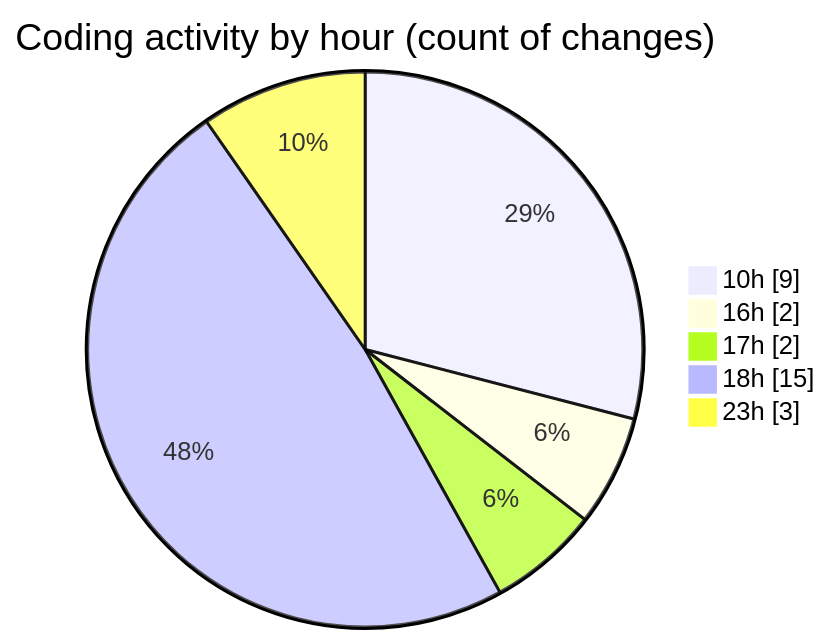
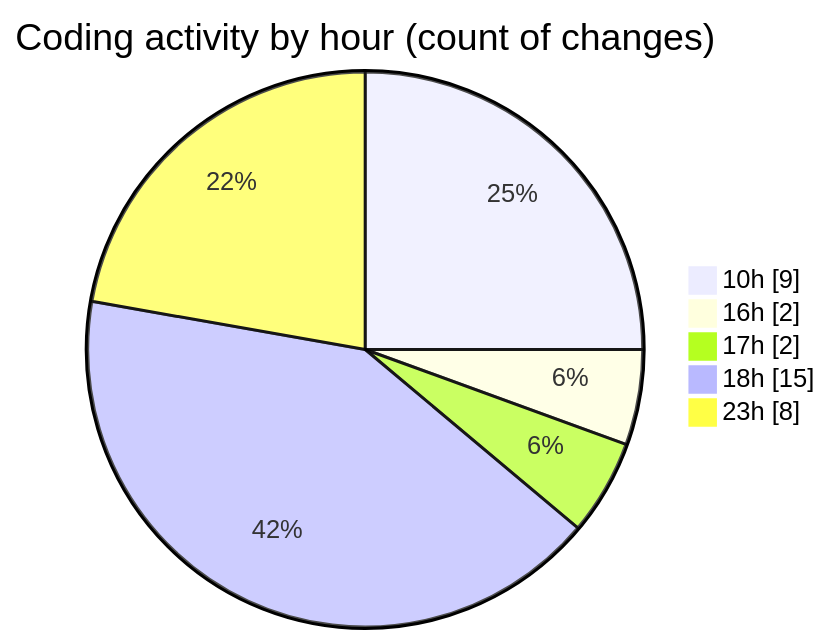
One commit to julien-gomy/code-tracking changed the second of 2 diagrams in 2025-10-10/eventscop-api-guide__workspace_/README.md. Above: the diagram before and after it, drawn with Mermaid. The commit also changed other lines of this file and 1 other file, not shown here.

````diff
--- a/2025-10-10/eventscop-api-guide__workspace_/README.md
+++ b/2025-10-10/eventscop-api-guide__workspace_/README.md
@@ -31,9 +33,9 @@
 ```mermaid
 pie showData
 title Coding activity by hour (count of changes)
 "10h" : 9
 "16h" : 2
 "17h" : 2
 "18h" : 15
-"23h" : 3
+"23h" : 8
 ```
````
